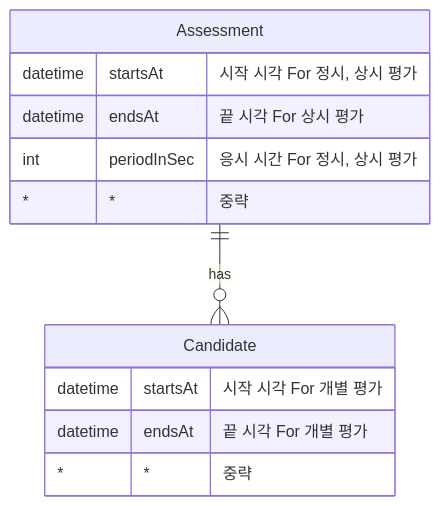
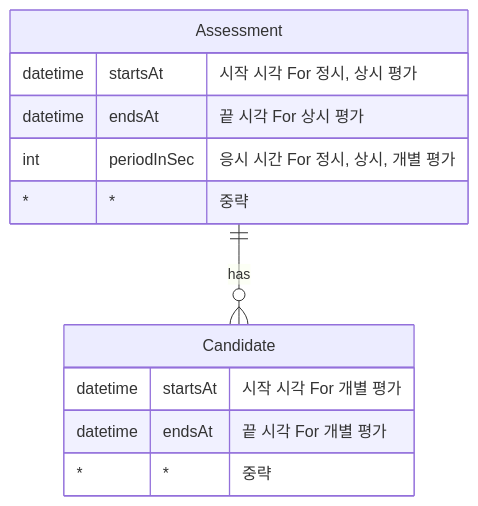
Before and after one commit to SQL-GURU/sql-guru: the second of 2 diagrams in docs/회의록/240316.md, drawn with Mermaid.

````diff
--- a/docs/회의록/240316.md
+++ b/docs/회의록/240316.md
@@ -52,18 +52,18 @@
 ```mermaid
 erDiagram
 
   a ||--o{ c : has
 
   a["Assessment"] {
     datetime startsAt "시작 시각 For 정시, 상시 평가"
     datetime endsAt "끝 시각 For 상시 평가"
-    int periodInSec "응시 시간 For 정시, 상시 평가"
+    int periodInSec "응시 시간 For 정시, 상시, 개별 평가"
     * * "중략"
   }
 
   c["Candidate"] {
     datetime startsAt "시작 시각 For 개별 평가"
     datetime endsAt "끝 시각 For 개별 평가"
     * * "중략"
   }
 ```
````
